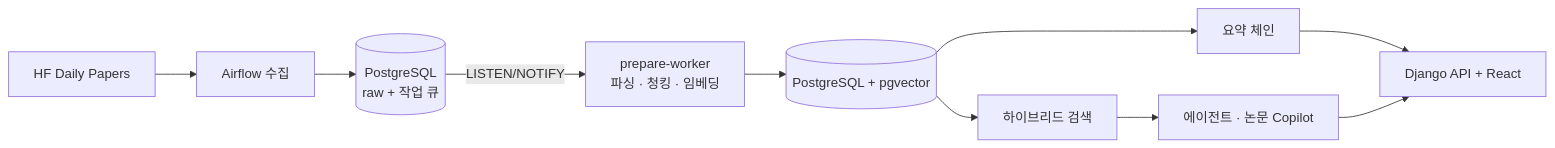
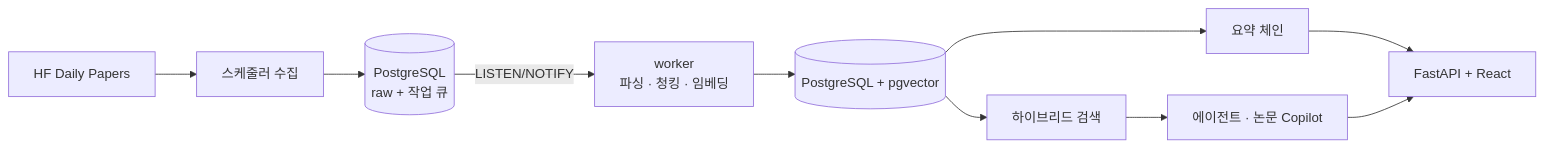
The diagram in README.md (cwj0666/ArXplore), drawn with Mermaid before and after one commit. The commit also changed other lines of this file, not shown here.

First line of the commit message:
docs: rewrite the README for the FastAPI and scheduler stack

````diff
--- a/README.md
+++ b/README.md
@@ -32,12 +32,12 @@
 ```mermaid
 flowchart LR
-    A[HF Daily Papers] --> B[Airflow 수집]
+    A[HF Daily Papers] --> B[스케줄러 수집]
     B --> C[(PostgreSQL<br/>raw + 작업 큐)]
-    C -->|LISTEN/NOTIFY| D[prepare-worker<br/>파싱 · 청킹 · 임베딩]
+    C -->|LISTEN/NOTIFY| D[worker<br/>파싱 · 청킹 · 임베딩]
     D --> E[(PostgreSQL + pgvector)]
     E --> F[하이브리드 검색]
     E --> G[요약 체인]
     F --> H[에이전트 · 논문 Copilot]
-    G --> I[Django API + React]
+    G --> I[FastAPI + React]
     H --> I
 ```
````
